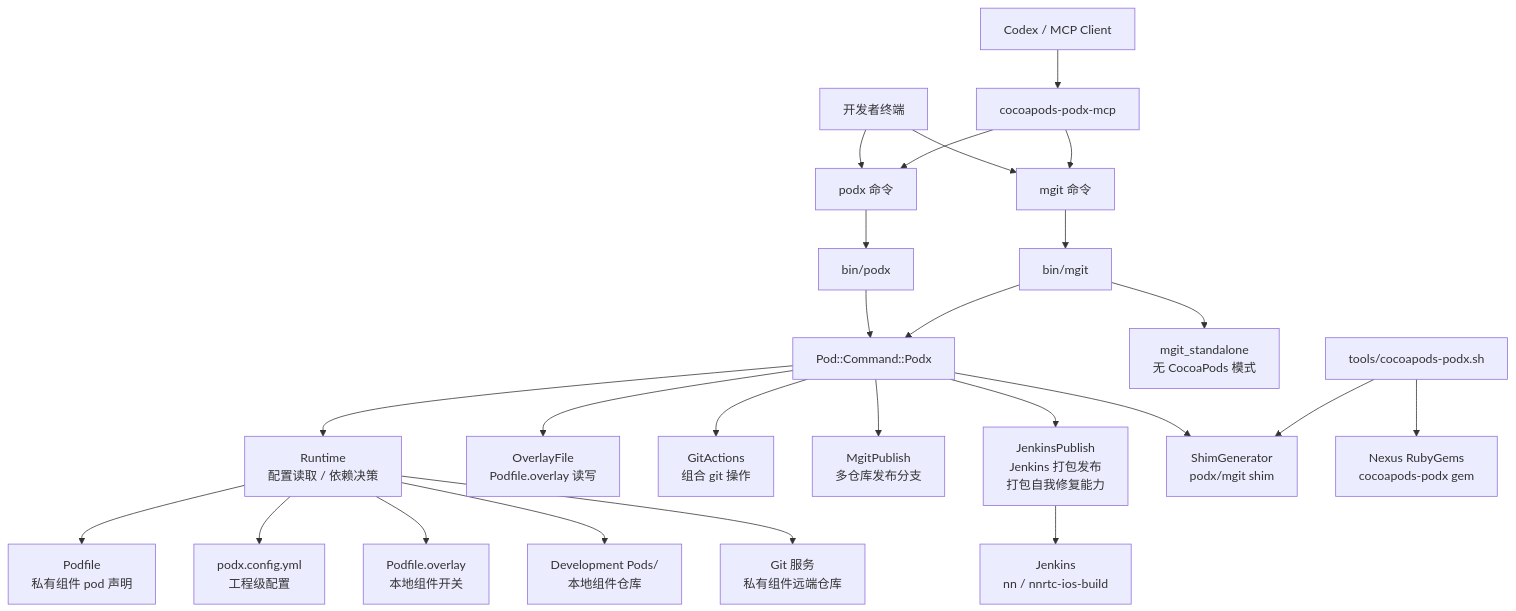
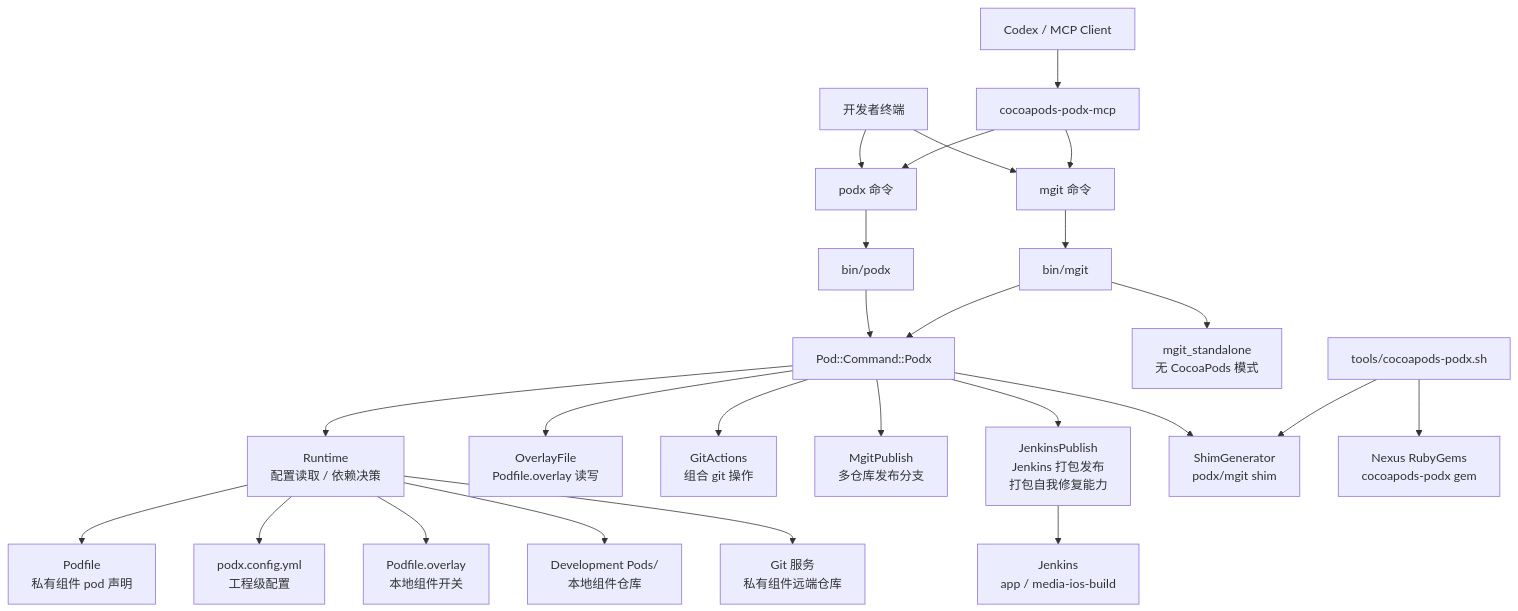
The first of 4 diagrams in cocoapods-podx/CAPABILITY_MAP.md (rentaogithub/mpod), drawn with Mermaid before and after one commit. The commit also changed other lines of this file and 22 other files, not shown here.

````diff
--- a/cocoapods-podx/CAPABILITY_MAP.md
+++ b/cocoapods-podx/CAPABILITY_MAP.md
@@ -17,31 +17,31 @@
 ```mermaid
 flowchart TB
   User["开发者终端"] --> Podx["podx 命令"]
   User --> Mgit["mgit 命令"]
   Codex["Codex / MCP Client"] --> MCP["cocoapods-podx-mcp"]
   MCP --> Podx
   MCP --> Mgit
 
   Podx --> BinPodx["bin/podx"]
   Mgit --> BinMgit["bin/mgit"]
   BinPodx --> PodCommand["Pod::Command::Podx"]
   BinMgit --> PodCommand
   BinMgit --> MgitStandalone["mgit_standalone<br/>无 CocoaPods 模式"]
 
   PodCommand --> Runtime["Runtime<br/>配置读取 / 依赖决策"]
   PodCommand --> OverlayFile["OverlayFile<br/>Podfile.overlay 读写"]
   PodCommand --> GitActions["GitActions<br/>组合 git 操作"]
   PodCommand --> MgitPublish["MgitPublish<br/>多仓库发布分支"]
   PodCommand --> JenkinsPublish["JenkinsPublish<br/>Jenkins 打包发布<br/>打包自我修复能力"]
   PodCommand --> ShimGenerator["ShimGenerator<br/>podx/mgit shim"]
 
   Runtime --> Podfile["Podfile<br/>私有组件 pod 声明"]
   Runtime --> Config["podx.config.yml<br/>工程级配置"]
   Runtime --> Overlay["Podfile.overlay<br/>本地组件开关"]
   Runtime --> DevPods["Development Pods/<br/>本地组件仓库"]
 
   Runtime --> GitServer["Git 服务<br/>私有组件远端仓库"]
-  JenkinsPublish --> Jenkins["Jenkins<br/>nn / nnrtc-ios-build"]
+  JenkinsPublish --> Jenkins["Jenkins<br/>app / media-ios-build"]
   Tools["tools/cocoapods-podx.sh"] --> Nexus["Nexus RubyGems<br/>cocoapods-podx gem"]
   Tools --> ShimGenerator
 ```
````
